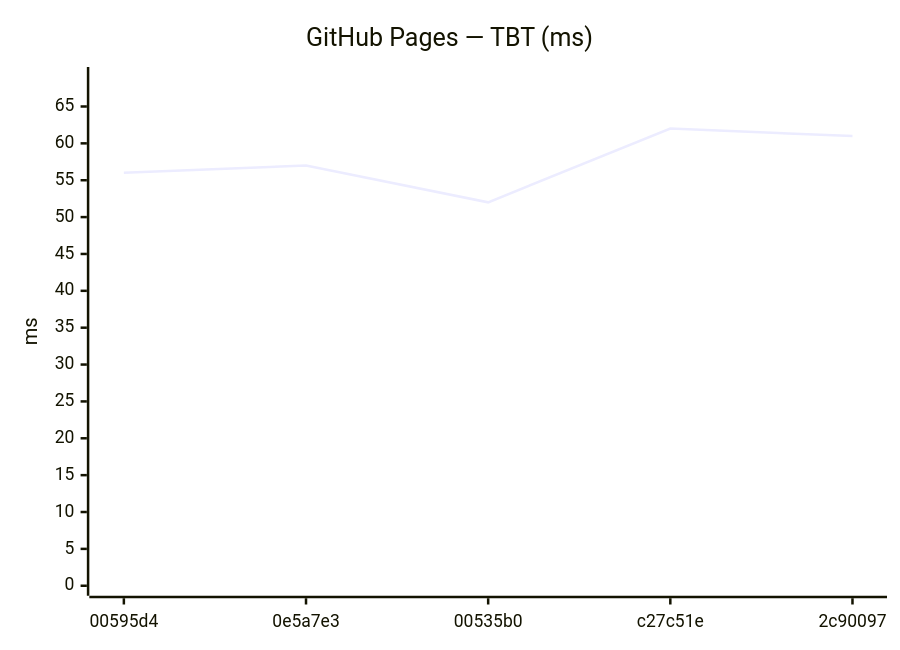
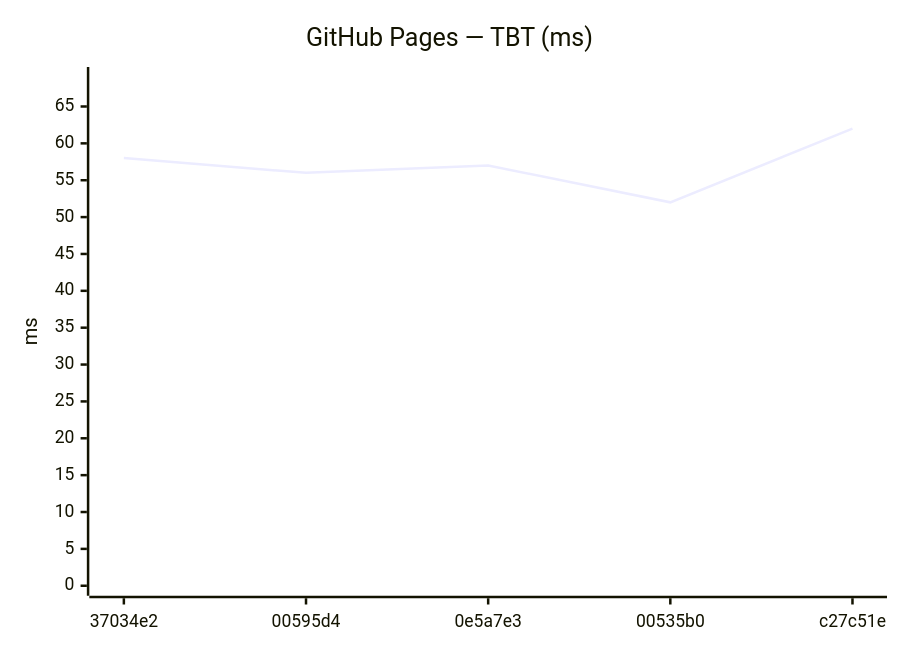
Diagram 12 of 24 in benchmarks/compare.md (Metaheurist/Rianell), drawn with Mermaid before and after one commit. The commit also changed other lines of this file and 12 other files, not shown here.

````diff
--- a/benchmarks/compare.md
+++ b/benchmarks/compare.md
@@ -164,7 +168,7 @@
 ```mermaid
 xychart-beta
     title "GitHub Pages — TBT (ms)"
-    x-axis ["00595d4", "0e5a7e3", "00535b0", "c27c51e", "2c90097"]
+    x-axis ["37034e2", "00595d4", "0e5a7e3", "00535b0", "c27c51e"]
     y-axis "ms" 0 --> 69
-    line [56, 57, 52, 62, 61]
+    line [58, 56, 57, 52, 62]
 ```
````
